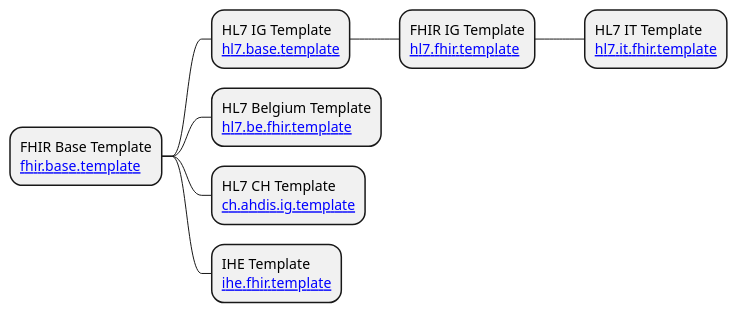
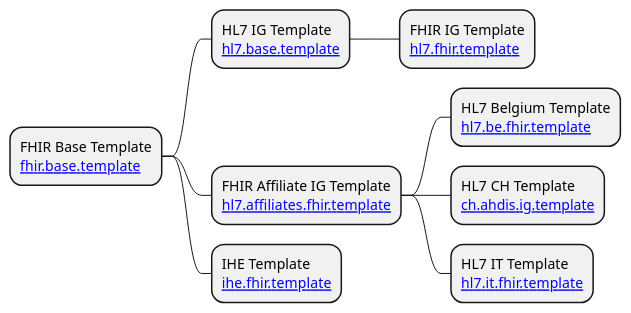
The diagram in affiliate-templates.pu (costateixeira/ig_templates), drawn with PlantUML before and after one commit.

```diff
--- a/affiliate-templates.pu
+++ b/affiliate-templates.pu
@@ -1,11 +1,11 @@
 @startmindmap
 * FHIR Base Template\n[[https://github.com/HL7/ig-template-base{https://github.com/HL7/ig-template-base} fhir.base.template]]
 ** HL7 IG Template\n[[https://github.com/HL7/ig-template-hl7{https://github.com/HL7/ig-template-hl7} hl7.base.template]]
 *** FHIR IG Template\n[[https://github.com/HL7/ig-template-fhir{https://github.com/HL7/ig-template-fhir} hl7.fhir.template]]
-**** HL7 IT Template\n[[https://github.com/HL7/ig-template-fhir{} hl7.it.fhir.template]]
-'** FHIR Affiliate IG Template\n[[hl7.affiliates.fhir.template]]
-** HL7 Belgium Template\n[[https://github.com/hl7-be/hl7.be.fhir.template{https://github.com/hl7-be/hl7.be.fhir.template} hl7.be.fhir.template]]
-** HL7 CH Template\n[[https://github.com/ahdis/ig-template{https://github.com/ahdis/ig-template} ch.ahdis.ig.template]]
+** FHIR Affiliate IG Template\n[[hl7.affiliates.fhir.template]]
+*** HL7 Belgium Template\n[[https://github.com/hl7-be/hl7.be.fhir.template{https://github.com/hl7-be/hl7.be.fhir.template} hl7.be.fhir.template]]
+*** HL7 CH Template\n[[https://github.com/ahdis/ig-template{https://github.com/ahdis/ig-template} ch.ahdis.ig.template]]
+*** HL7 IT Template\n[[https://github.com/HL7/ig-template-fhir{} hl7.it.fhir.template]]
 ** IHE Template\n[[https://github.com/IHE/ihe-ig-template{https://github.com/IHE/ihe-ig-template} ihe.fhir.template]]
 '*** Belgian eHealth  Federal template
 @endmindmap
```
